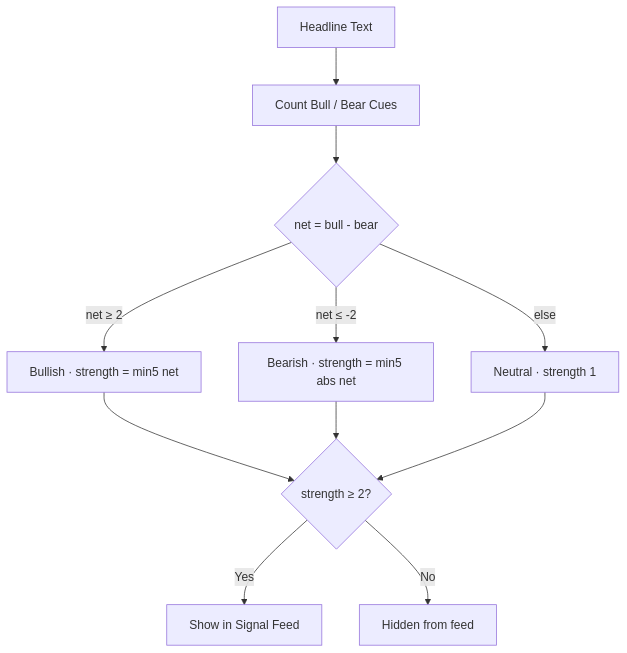
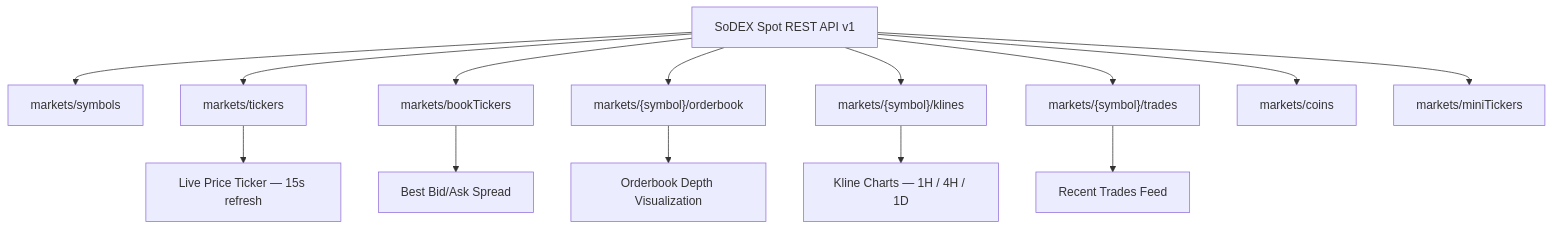
The eighth of 18 diagrams in cryptodesk/README.md (Nanle-code/CryptoDesk), drawn with Mermaid before and after one commit. The commit also changed other lines of this file and 28 other files, not shown here.

````diff
--- a/cryptodesk/README.md
+++ b/cryptodesk/README.md
@@ -480,13 +562,17 @@
 ```mermaid
 flowchart TD
-    A[Headline Text] --> B[Count Bull / Bear Cues]
-    B --> C{net = bull - bear}
-    C -->|net ≥ 2| D[Bullish · strength = min5 net]
-    C -->|net ≤ -2| E[Bearish · strength = min5 abs net]
-    C -->|else| F[Neutral · strength 1]
-    D --> G{strength ≥ 2?}
-    E --> G
-    F --> G
-    G -- Yes --> H[Show in Signal Feed]
-    G -- No --> I[Hidden from feed]
+    A[SoDEX Spot REST API v1] --> B[markets/symbols]
+    A --> C[markets/tickers]
+    A --> D[markets/bookTickers]
+    A --> E["markets/{symbol}/orderbook"]
+    A --> F["markets/{symbol}/klines"]
+    A --> G["markets/{symbol}/trades"]
+    A --> H[markets/coins]
+    A --> I[markets/miniTickers]
+
+    C --> J[Live Price Ticker — 15s refresh]
+    E --> K[Orderbook Depth Visualization]
+    F --> L[Kline Charts — 1H / 4H / 1D]
+    G --> M[Recent Trades Feed]
+    D --> N[Best Bid/Ask Spread]
 ```
````
